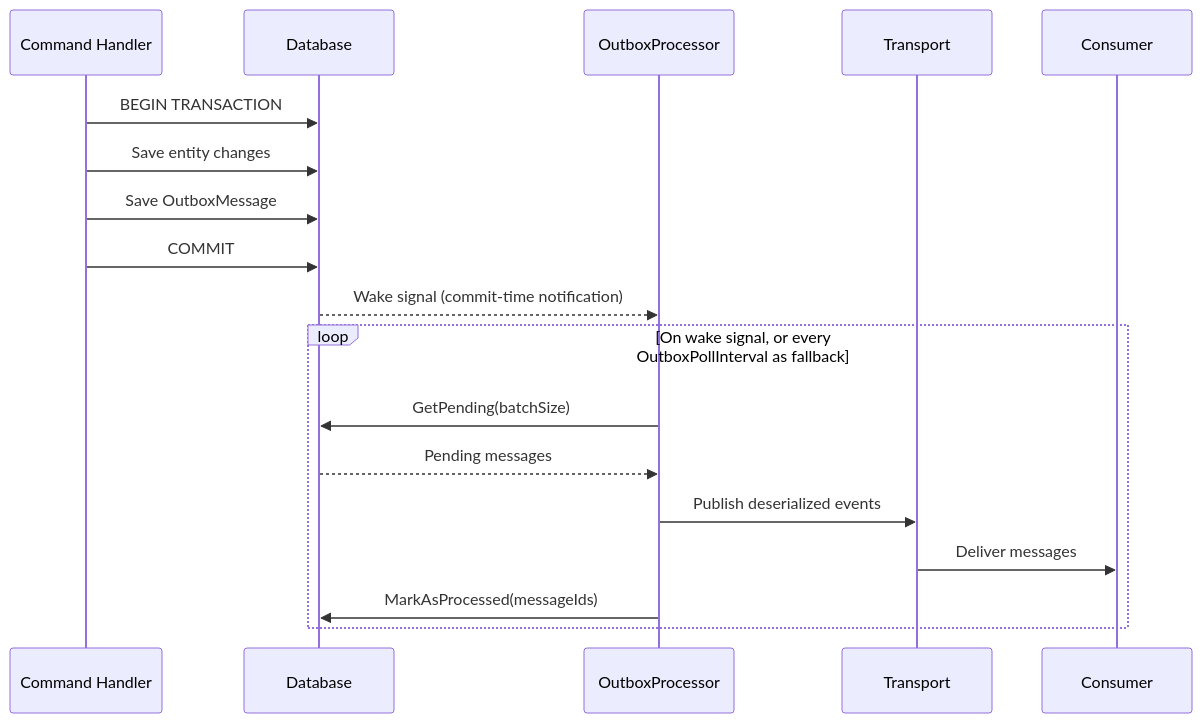
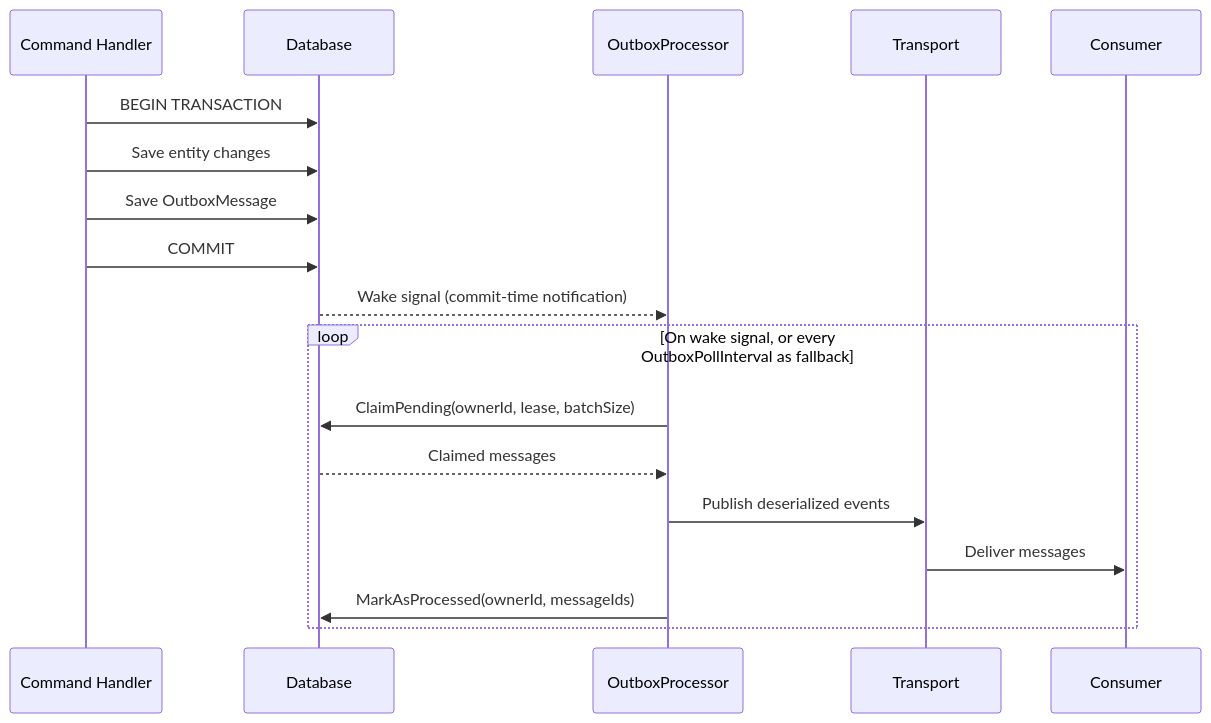
Before and after one commit to AdamWyatt34/Modulus: the first of 2 diagrams in docs/messaging/outbox-pattern.md, drawn with Mermaid. The commit also changed other lines of this file and 24 other files, not shown here.

First line of the commit message:
feat(messaging)!: multi-instance outbox competition via optimistic claim/lease

````diff
--- a/docs/messaging/outbox-pattern.md
+++ b/docs/messaging/outbox-pattern.md
@@ -25,23 +25,23 @@
 ```mermaid
 sequenceDiagram
     participant Handler as Command Handler
     participant DB as Database
     participant Outbox as OutboxProcessor
     participant Bus as Transport
     participant Consumer as Consumer
 
     Handler->>DB: BEGIN TRANSACTION
     Handler->>DB: Save entity changes
     Handler->>DB: Save OutboxMessage
     Handler->>DB: COMMIT
 
     DB-->>Outbox: Wake signal (commit-time notification)
 
     loop On wake signal, or every OutboxPollInterval as fallback
-        Outbox->>DB: GetPending(batchSize)
-        DB-->>Outbox: Pending messages
+        Outbox->>DB: ClaimPending(ownerId, lease, batchSize)
+        DB-->>Outbox: Claimed messages
         Outbox->>Bus: Publish deserialized events
         Bus->>Consumer: Deliver messages
-        Outbox->>DB: MarkAsProcessed(messageIds)
+        Outbox->>DB: MarkAsProcessed(ownerId, messageIds)
     end
 ```
````
